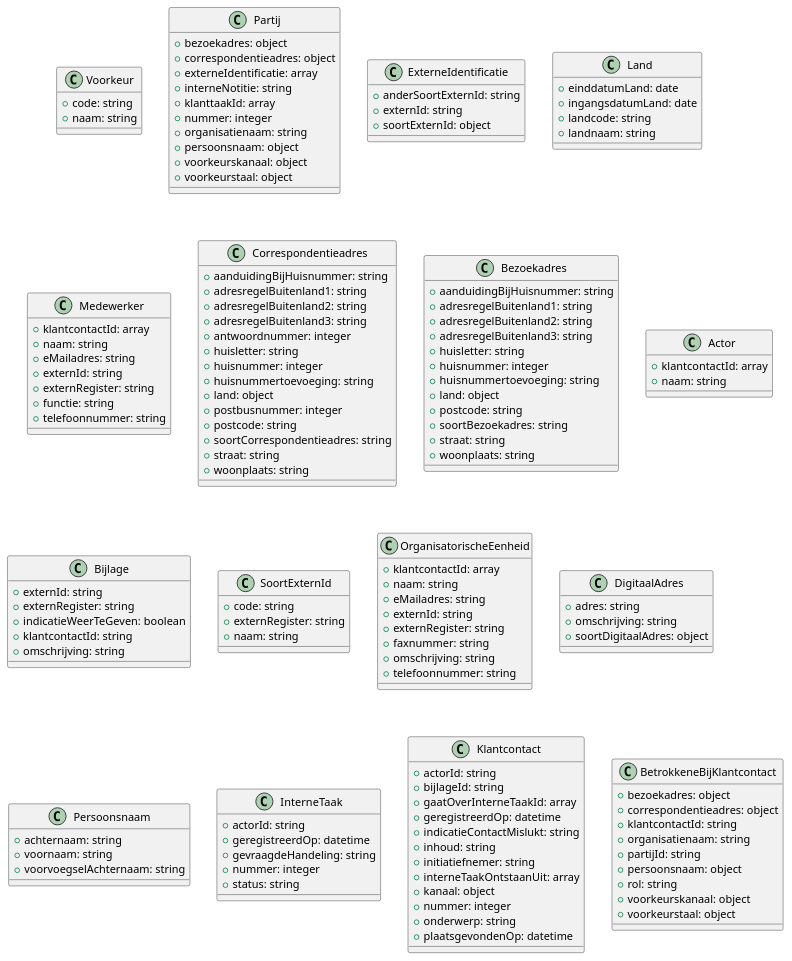
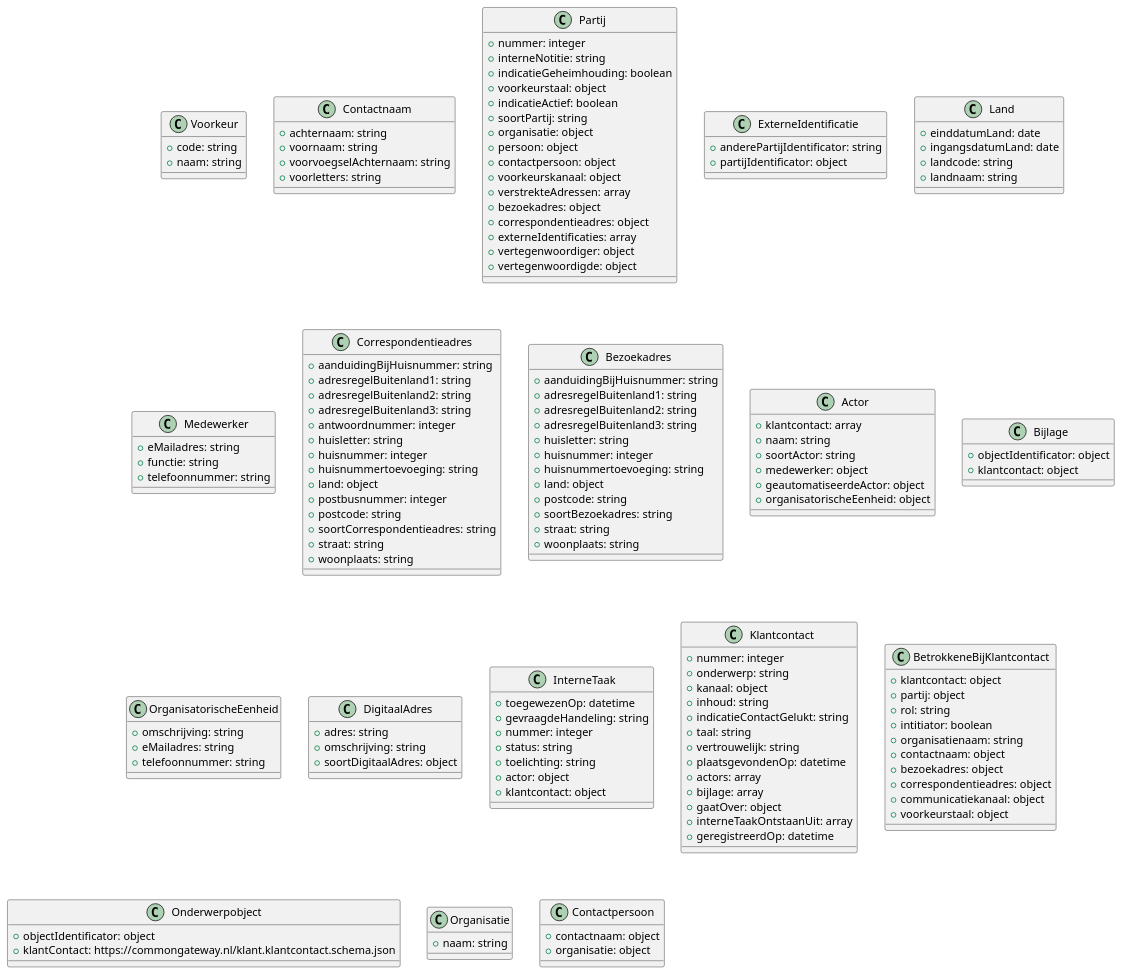
The diagram in docs/schema/all_classes.puml (CommonGateway/CustomerInteractionBundle), drawn with PlantUML before and after one commit. The commit also changed 1 other file, not shown here.

```diff
--- a/docs/schema/all_classes.puml
+++ b/docs/schema/all_classes.puml
@@ -1,136 +1,144 @@
 @startuml
 class Voorkeur {
   + code: string
   + naam: string
 }
+class Contactnaam {
+  + achternaam: string
+  + voornaam: string
+  + voorvoegselAchternaam: string
+  + voorletters: string
+}
 class Partij {
+  + nummer: integer
+  + interneNotitie: string
+  + indicatieGeheimhouding: boolean
+  + voorkeurstaal: object
+  + indicatieActief: boolean
+  + soortPartij: string
+  + organisatie: object
+  + persoon: object
+  + contactpersoon: object
+  + voorkeurskanaal: object
+  + verstrekteAdressen: array
   + bezoekadres: object
   + correspondentieadres: object
-  + externeIdentificatie: array
-  + interneNotitie: string
-  + klanttaakId: array
-  + nummer: integer
-  + organisatienaam: string
-  + persoonsnaam: object
-  + voorkeurskanaal: object
-  + voorkeurstaal: object
+  + externeIdentificaties: array
+  + vertegenwoordiger: object
+  + vertegenwoordigde: object
 }
 class ExterneIdentificatie {
-  + anderSoortExternId: string
-  + externId: string
-  + soortExternId: object
+  + anderePartijIdentificator: string
+  + partijIdentificator: object
 }
 class Land {
   + einddatumLand: date
   + ingangsdatumLand: date
   + landcode: string
   + landnaam: string
 }
 class Medewerker {
-  + klantcontactId: array
-  + naam: string
   + eMailadres: string
-  + externId: string
-  + externRegister: string
   + functie: string
   + telefoonnummer: string
 }
 class Correspondentieadres {
   + aanduidingBijHuisnummer: string
   + adresregelBuitenland1: string
   + adresregelBuitenland2: string
   + adresregelBuitenland3: string
   + antwoordnummer: integer
   + huisletter: string
   + huisnummer: integer
   + huisnummertoevoeging: string
   + land: object
   + postbusnummer: integer
   + postcode: string
   + soortCorrespondentieadres: string
   + straat: string
   + woonplaats: string
 }
 class Bezoekadres {
   + aanduidingBijHuisnummer: string
   + adresregelBuitenland1: string
   + adresregelBuitenland2: string
   + adresregelBuitenland3: string
   + huisletter: string
   + huisnummer: integer
   + huisnummertoevoeging: string
   + land: object
   + postcode: string
   + soortBezoekadres: string
   + straat: string
   + woonplaats: string
 }
 class Actor {
-  + klantcontactId: array
+  + klantcontact: array
   + naam: string
+  + soortActor: string
+  + medewerker: object
+  + geautomatiseerdeActor: object
+  + organisatorischeEenheid: object
 }
 class Bijlage {
-  + externId: string
-  + externRegister: string
-  + indicatieWeerTeGeven: boolean
-  + klantcontactId: string
-  + omschrijving: string
-}
-class SoortExternId {
-  + code: string
-  + externRegister: string
-  + naam: string
+  + objectIdentificator: object
+  + klantcontact: object
 }
 class OrganisatorischeEenheid {
-  + klantcontactId: array
-  + naam: string
+  + omschrijving: string
   + eMailadres: string
-  + externId: string
-  + externRegister: string
-  + faxnummer: string
-  + omschrijving: string
   + telefoonnummer: string
 }
 class DigitaalAdres {
   + adres: string
   + omschrijving: string
   + soortDigitaalAdres: object
 }
-class Persoonsnaam {
-  + achternaam: string
-  + voornaam: string
-  + voorvoegselAchternaam: string
-}
 class InterneTaak {
-  + actorId: string
-  + geregistreerdOp: datetime
+  + toegewezenOp: datetime
   + gevraagdeHandeling: string
   + nummer: integer
   + status: string
+  + toelichting: string
+  + actor: object
+  + klantcontact: object
 }
 class Klantcontact {
-  + actorId: string
-  + bijlageId: string
-  + gaatOverInterneTaakId: array
-  + geregistreerdOp: datetime
-  + indicatieContactMislukt: string
-  + inhoud: string
-  + initiatiefnemer: string
-  + interneTaakOntstaanUit: array
-  + kanaal: object
   + nummer: integer
   + onderwerp: string
+  + kanaal: object
+  + inhoud: string
+  + indicatieContactGelukt: string
+  + taal: string
+  + vertrouwelijk: string
   + plaatsgevondenOp: datetime
+  + actors: array
+  + bijlage: array
+  + gaatOver: object
+  + interneTaakOntstaanUit: array
+  + geregistreerdOp: datetime
 }
 class BetrokkeneBijKlantcontact {
+  + klantcontact: object
+  + partij: object
+  + rol: string
+  + intitiator: boolean
+  + organisatienaam: string
+  + contactnaam: object
   + bezoekadres: object
   + correspondentieadres: object
-  + klantcontactId: string
-  + organisatienaam: string
-  + partijId: string
-  + persoonsnaam: object
-  + rol: string
-  + voorkeurskanaal: object
+  + communicatiekanaal: object
   + voorkeurstaal: object
 }
+class Onderwerpobject {
+  + objectIdentificator: object
+  + klantContact: https://commongateway.nl/klant.klantcontact.schema.json
+}
+class Organisatie {
+  + naam: string
+}
+class Contactpersoon {
+  + contactnaam: object
+  + organisatie: object
+}
 @enduml
```
